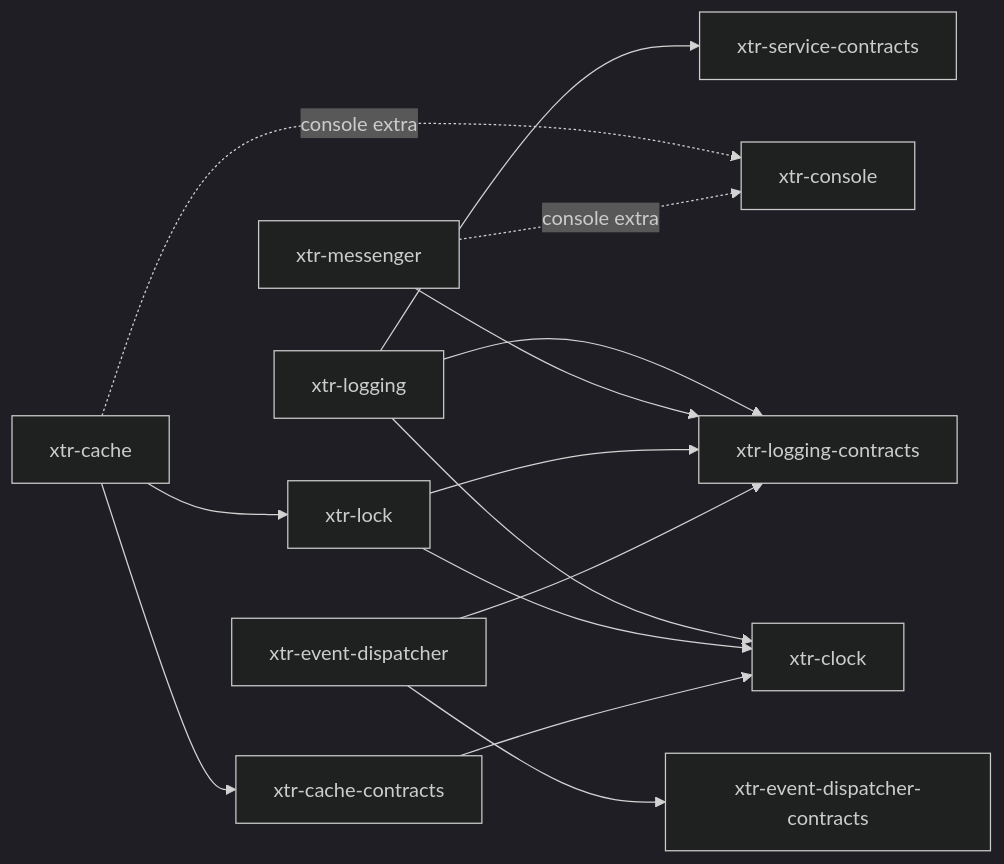
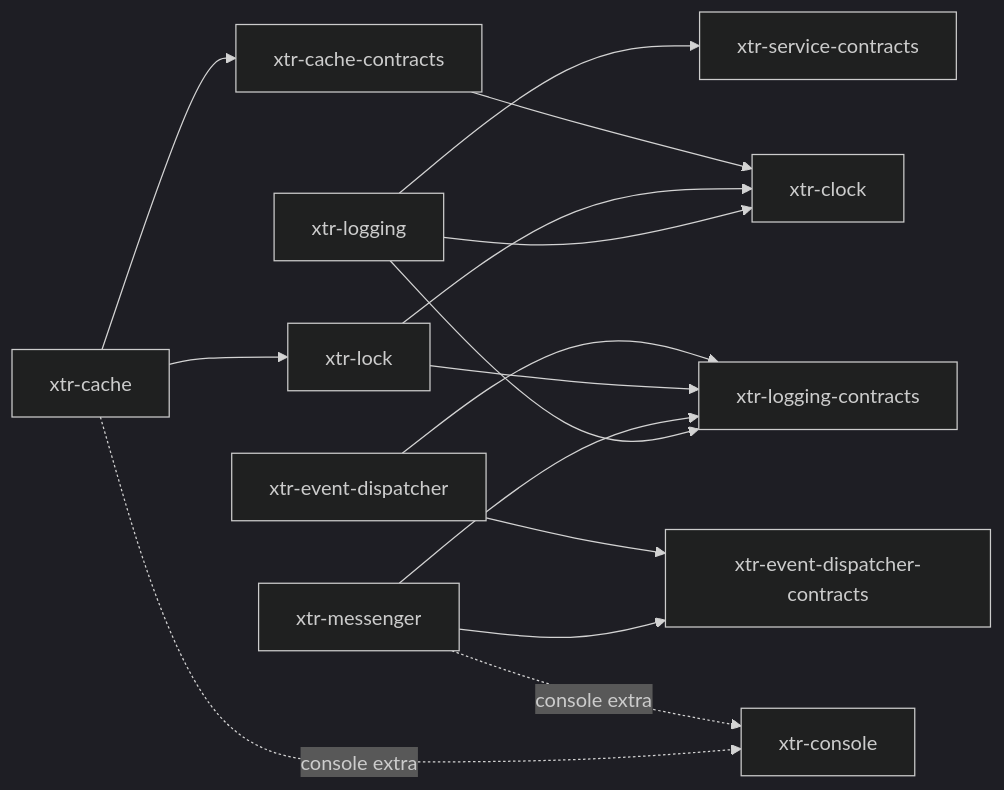
One commit to xterr/python-xtr changed the diagram in README.md. Above: the diagram before and after it, drawn with Mermaid (dark theme). The commit also changed 40 other files, not shown here.

````diff
--- a/README.md
+++ b/README.md
@@ -41,16 +41,17 @@
 ```mermaid
 graph LR
     logging[xtr-logging] --> clock[xtr-clock]
     logging --> logcon[xtr-logging-contracts]
     logging --> svccon[xtr-service-contracts]
     messenger[xtr-messenger] --> logcon
+    messenger --> eventcon
     lock[xtr-lock] --> clock
     lock --> logcon
     cachecon[xtr-cache-contracts] --> clock
     cache[xtr-cache] --> cachecon
     cache --> lock
     cache -. console extra .-> console
     events[xtr-event-dispatcher] --> eventcon[xtr-event-dispatcher-contracts]
     events --> logcon
     messenger -. console extra .-> console[xtr-console]
 ```
````
